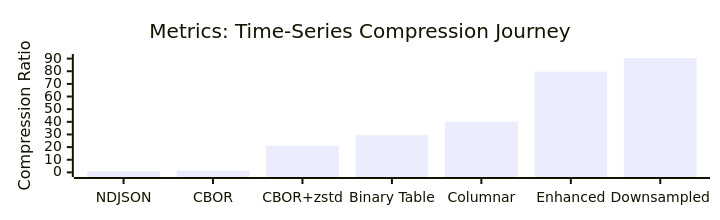
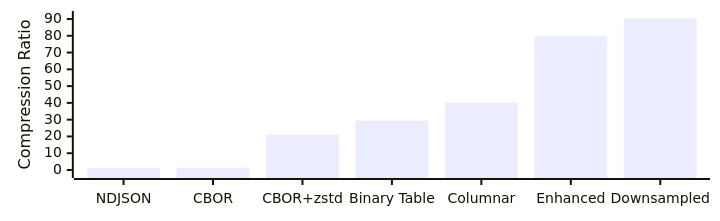
The first of 3 diagrams in README.md (flash1293/squeezed-signals), drawn with Mermaid before and after one commit. The commit also changed other lines of this file, not shown here.

````diff
--- a/README.md
+++ b/README.md
@@ -8,15 +8,14 @@
 ```mermaid
 ---
 config:
   xyChart:
     height: 200
   themeVariables:
     xyChart:
       backgroundColor: "transparent"
 ---
 xychart-beta
-  title "Metrics: Time-Series Compression Journey"
   x-axis ["NDJSON", "CBOR", "CBOR+zstd", "Binary Table", "Columnar", "Enhanced", "Downsampled"]
   y-axis "Compression Ratio" 0 --> 90
   bar [1, 1.3, 21.1, 29.4, 40.2, 79.7, 90.4]
 ```
````
